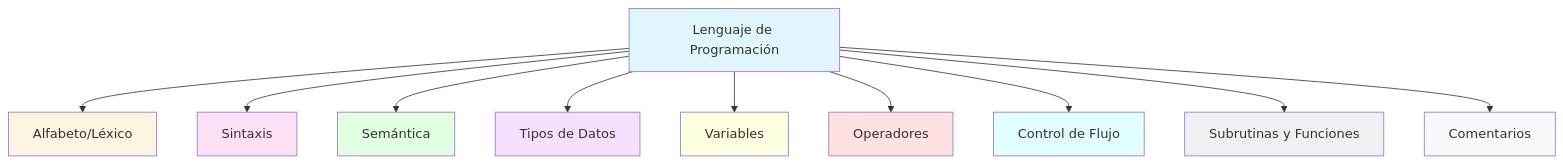
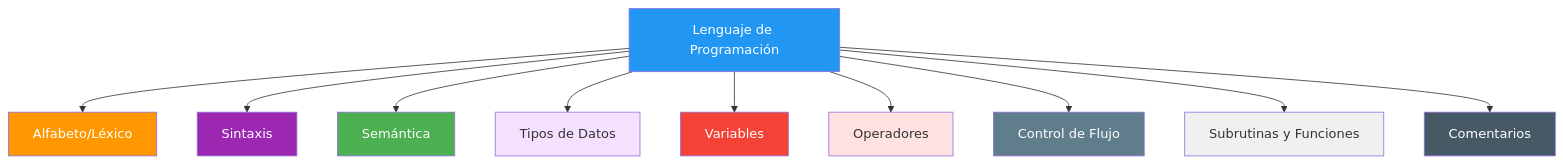
Before and after one commit to joseluisgs/EntornosDesarrollo-01-2026-2027: the first of 6 diagrams in 05-lenguajes-programacion.md, drawn with Mermaid. The commit also changed other lines of this file and 9 other files, not shown here.

Commit message:
[fix] Mejoras didácticas y corrección de colores Mermaid en UD01

````diff
--- a/05-lenguajes-programacion.md
+++ b/05-lenguajes-programacion.md
@@ -63,23 +63,23 @@
 ```mermaid
 graph TB
     A[Lenguaje de Programación] --> B[Alfabeto/Léxico]
     A --> C[Sintaxis]
     A --> D[Semántica]
     A --> E[Tipos de Datos]
     A --> F[Variables]
     A --> G[Operadores]
     A --> H[Control de Flujo]
     A --> I[Subrutinas y Funciones]
     A --> J[Comentarios]
 
-    style A fill:#e1f5ff
-    style B fill:#fff4e1
-    style C fill:#ffe1f5
-    style D fill:#e1ffe1
+    style A fill:#2196F3,color:#fff
+    style B fill:#FF9800,color:#fff
+    style C fill:#9C27B0,color:#fff
+    style D fill:#4CAF50,color:#fff
     style E fill:#f5e1ff
-    style F fill:#ffffe1
+    style F fill:#f44336,color:#fff
     style G fill:#ffe1e1
-    style H fill:#e1ffff
+    style H fill:#607D8B,color:#fff
     style I fill:#f0f0f0
-    style J fill:#f9f9f9
+    style J fill:#455A64,color:#fff
 ```
````
